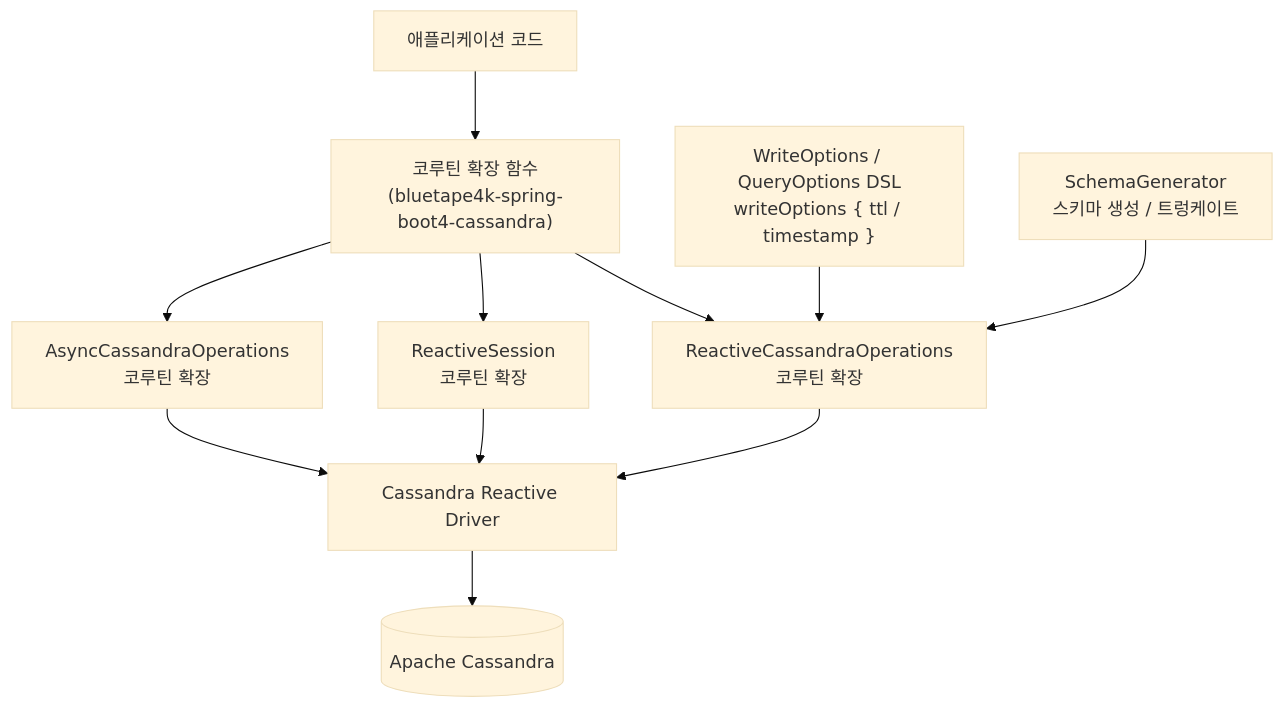
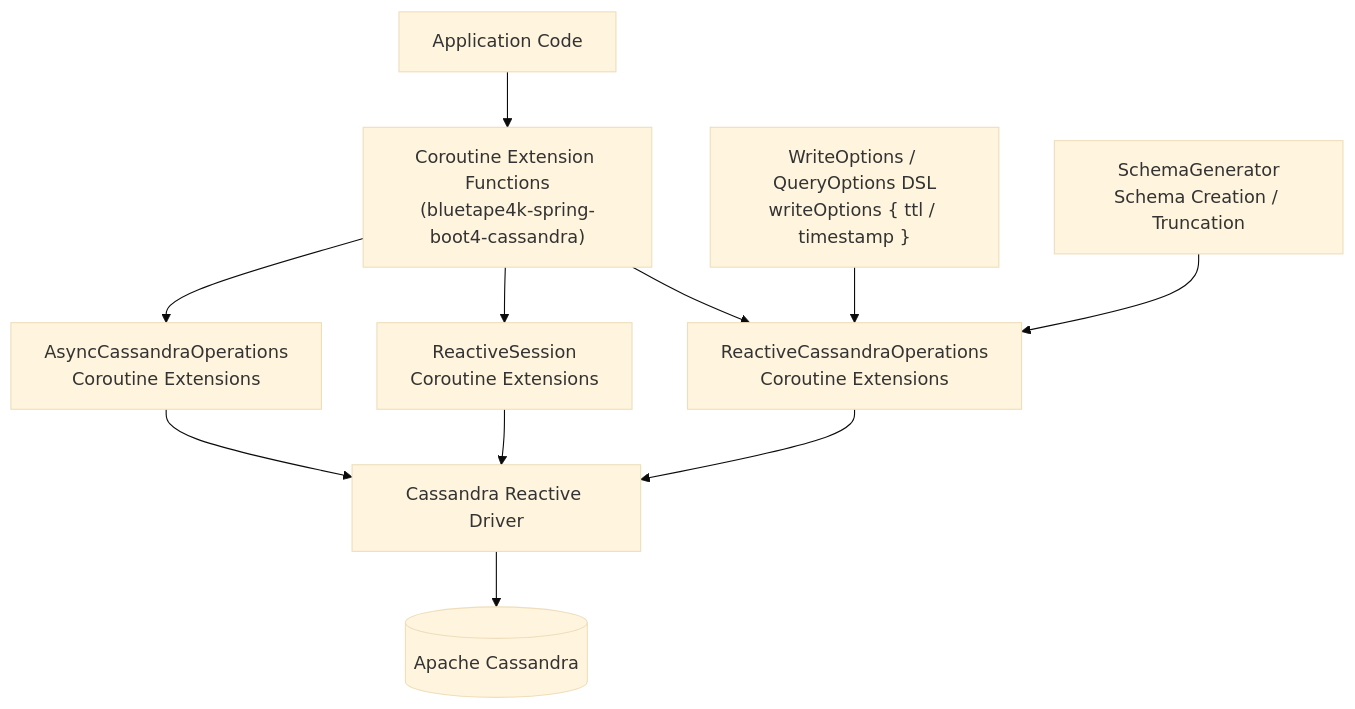
Before and after one commit to bluetape4k/bluetape4k-projects: the second of 3 diagrams in spring-boot4/cassandra/README.md, drawn with Mermaid (base theme). The commit also changed other lines of this file and 265 other files, not shown here.

````diff
--- a/spring-boot4/cassandra/README.md
+++ b/spring-boot4/cassandra/README.md
@@ -114,13 +116,13 @@
 ```mermaid
 flowchart TD
-    App["애플리케이션 코드"] --> Ext["코루틴 확장 함수<br/>(bluetape4k-spring-boot4-cassandra)"]
-    Ext --> ROps["ReactiveCassandraOperations<br/>코루틴 확장"]
-    Ext --> RSession["ReactiveSession<br/>코루틴 확장"]
-    Ext --> AOps["AsyncCassandraOperations<br/>코루틴 확장"]
+    App["Application Code"] --> Ext["Coroutine Extension Functions<br/>(bluetape4k-spring-boot4-cassandra)"]
+    Ext --> ROps["ReactiveCassandraOperations<br/>Coroutine Extensions"]
+    Ext --> RSession["ReactiveSession<br/>Coroutine Extensions"]
+    Ext --> AOps["AsyncCassandraOperations<br/>Coroutine Extensions"]
     DSL["WriteOptions / QueryOptions DSL<br/>writeOptions { ttl / timestamp }"] --> ROps
     ROps --> Driver["Cassandra Reactive Driver"]
     RSession --> Driver
     AOps --> Driver
     Driver --> Cassandra[("Apache Cassandra")]
-    SchemaGen["SchemaGenerator<br/>스키마 생성 / 트렁케이트"] --> ROps
+    SchemaGen["SchemaGenerator<br/>Schema Creation / Truncation"] --> ROps
 ```
````
